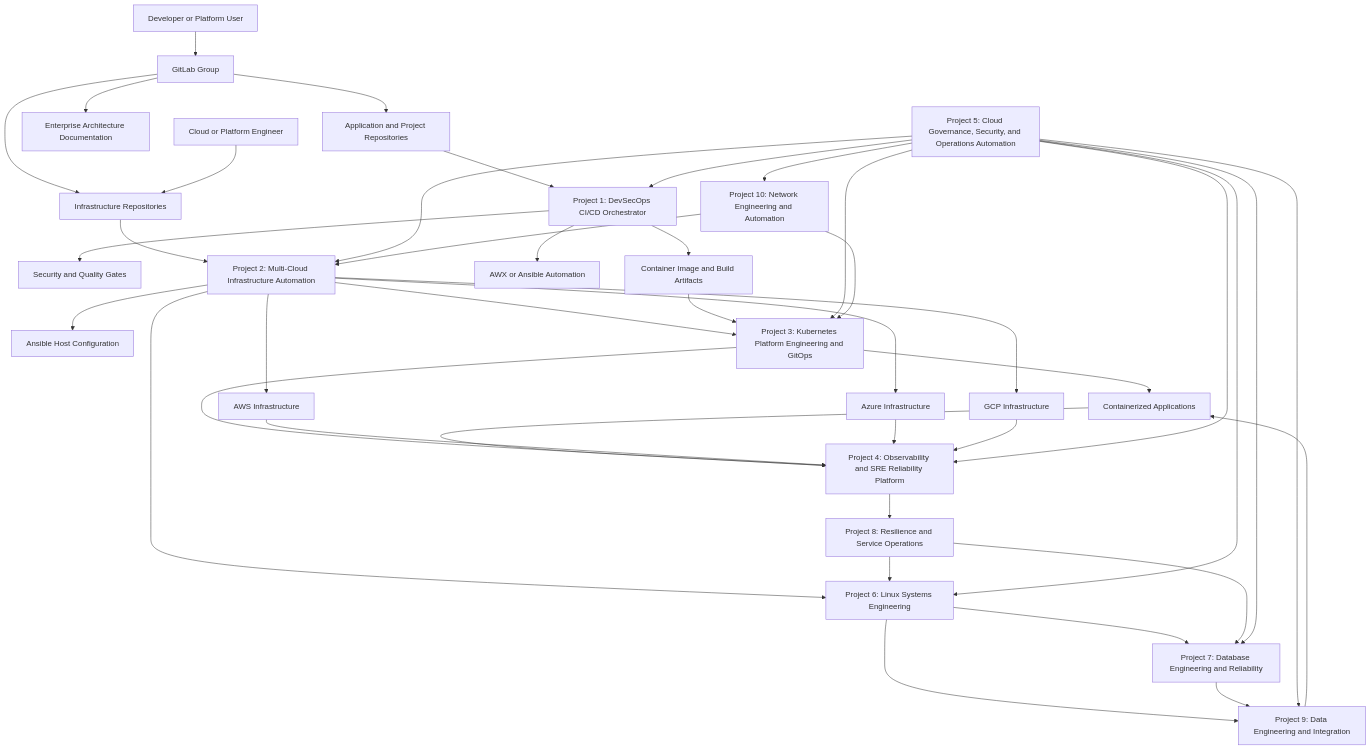
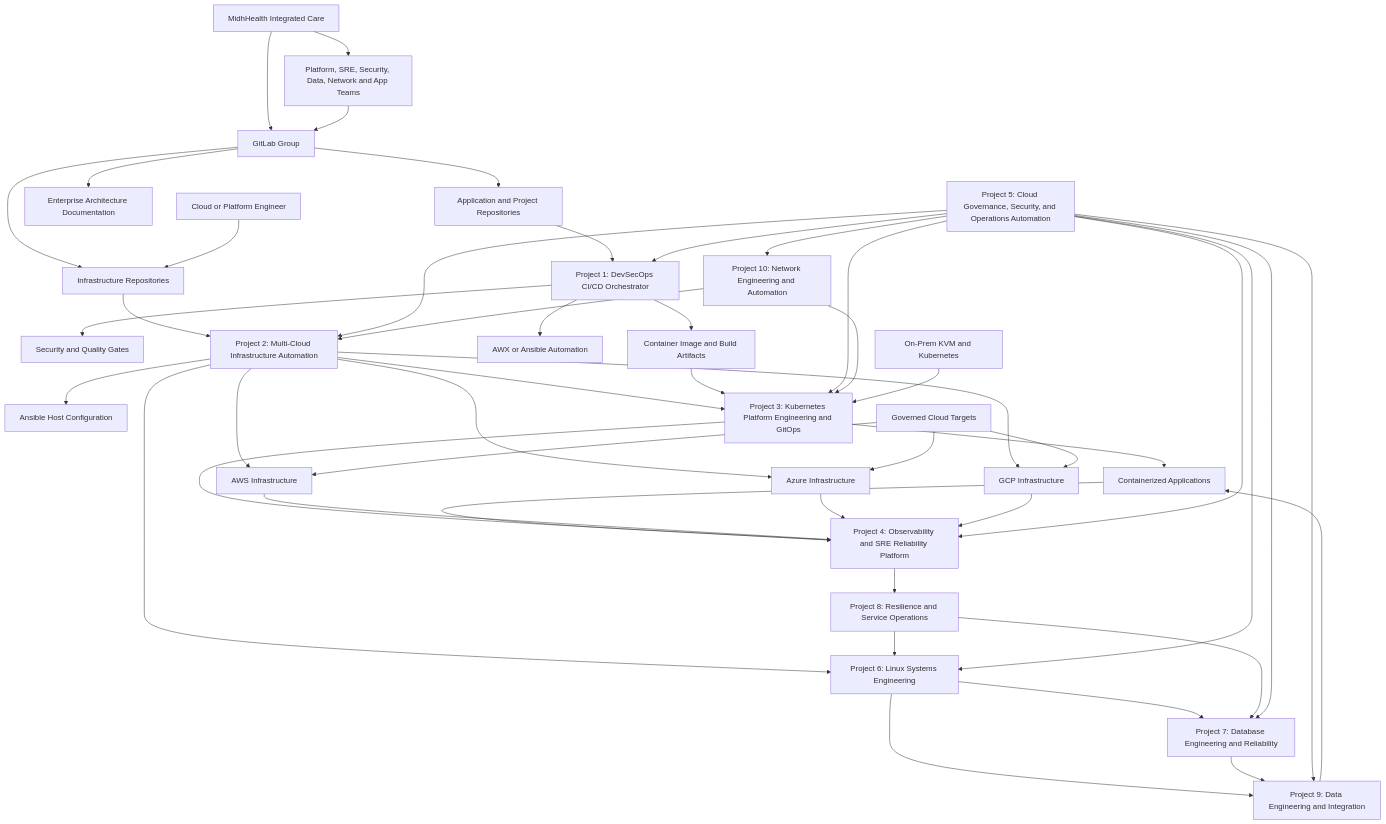
Before and after one commit to MIDHTECH/enterprise-architecture-docs: the first of 13 diagrams in docs/enterprise-project-portfolio-and-usecases.md, drawn with Mermaid. The commit also changed other lines of this file and 7 other files, not shown here.

Commit message:
Define MidhHealth integrated care organization context

````diff
--- a/docs/enterprise-project-portfolio-and-usecases.md
+++ b/docs/enterprise-project-portfolio-and-usecases.md
@@ -17,55 +26,62 @@
 ```mermaid
 flowchart TB
-    user[Developer or Platform User] --> git[GitLab Group]
+    org[MidhHealth Integrated Care] --> git[GitLab Group]
+    org --> teams[Platform, SRE, Security, Data, Network and App Teams]
+    teams --> git
     git --> apprepo[Application and Project Repositories]
     git --> docsrepo[Enterprise Architecture Documentation]
     git --> infrarepo[Infrastructure Repositories]
     apprepo --> cicd[Project 1: DevSecOps CI/CD Orchestrator]
     cicd --> scans[Security and Quality Gates]
     cicd --> artifacts[Container Image and Build Artifacts]
     cicd --> awx[AWX or Ansible Automation]
 
     engineer[Cloud or Platform Engineer] --> infrarepo
     infrarepo --> iac[Project 2: Multi-Cloud Infrastructure Automation]
     iac --> aws[AWS Infrastructure]
     iac --> azure[Azure Infrastructure]
     iac --> gcp[GCP Infrastructure]
     iac --> ansible[Ansible Host Configuration]
 
     iac --> k8s[Project 3: Kubernetes Platform Engineering and GitOps]
     artifacts --> k8s
     k8s --> apps[Containerized Applications]
 
     apps --> obs[Project 4: Observability and SRE Reliability Platform]
     k8s --> obs
     aws --> obs
     azure --> obs
     gcp --> obs
 
     sec[Project 5: Cloud Governance, Security, and Operations Automation]
     sec --> iac
     sec --> k8s
     sec --> obs
     sec --> cicd
 
     systems[Project 6: Linux Systems Engineering]
     database[Project 7: Database Engineering and Reliability]
     resilience[Project 8: Resilience and Service Operations]
     data[Project 9: Data Engineering and Integration]
     network[Project 10: Network Engineering and Automation]
 
     iac --> systems
     network --> iac
     network --> k8s
     systems --> database
     systems --> data
     database --> data
     data --> apps
     obs --> resilience
     resilience --> systems
     resilience --> database
     sec --> systems
     sec --> database
     sec --> data
     sec --> network
+
+    onprem[On-Prem KVM and Kubernetes] --> k8s
+    cloudtarget[Governed Cloud Targets] --> aws
+    cloudtarget --> azure
+    cloudtarget --> gcp
 ```
````
